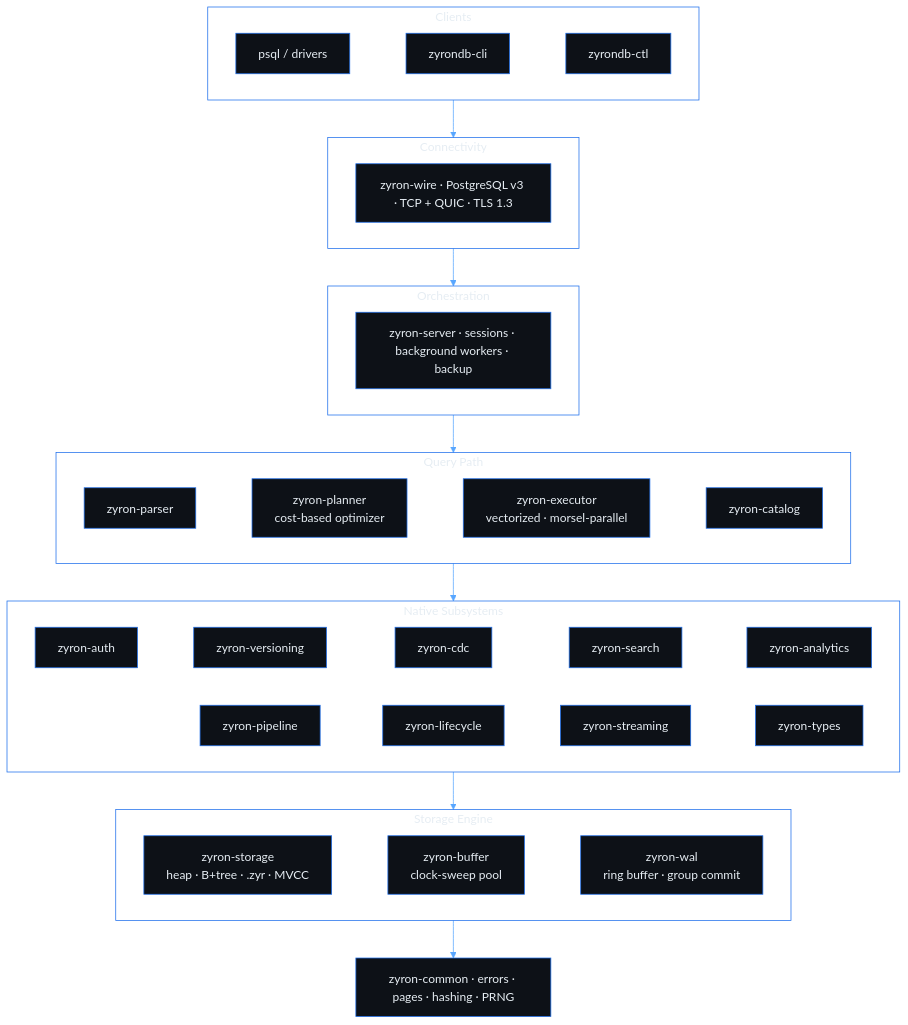
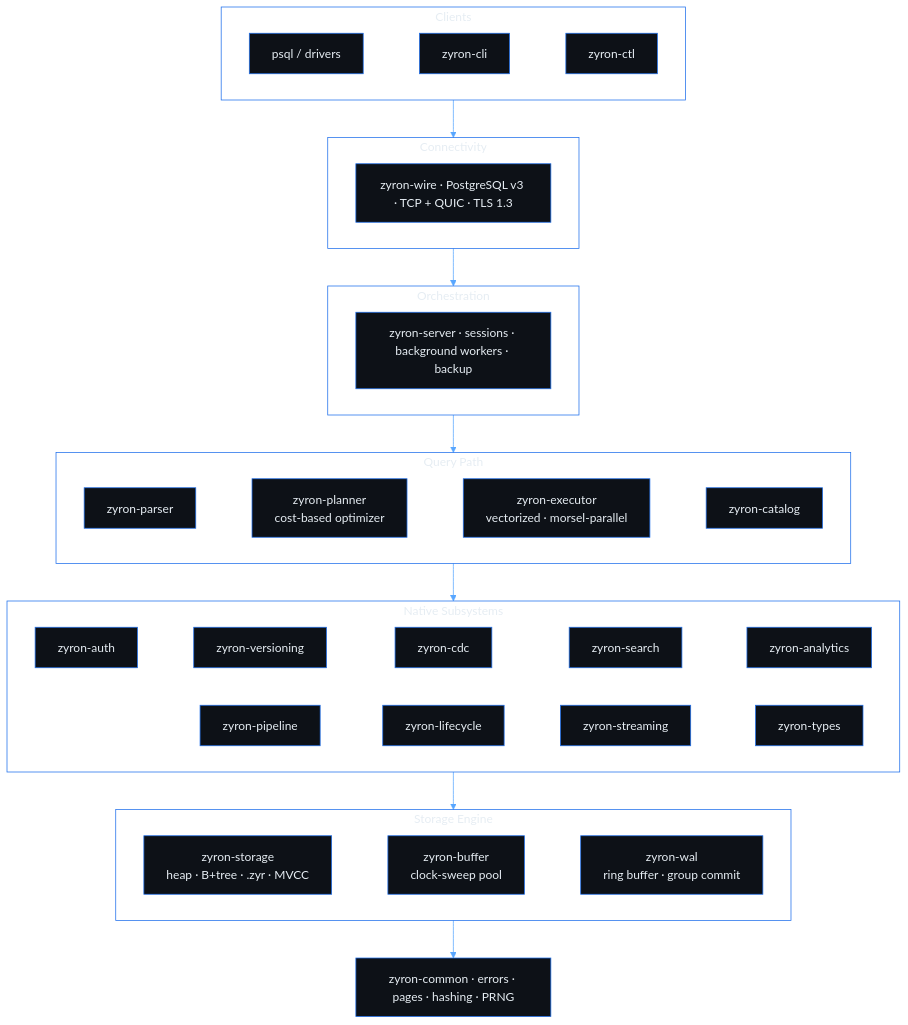
The first of 4 diagrams in README.md (DataDalton/Zyron), drawn with Mermaid before and after one commit. The commit also changed other lines of this file and 95 other files, not shown here.

````diff
--- a/README.md
+++ b/README.md
@@ -53,38 +53,38 @@
 ```mermaid
 %%{init: {'theme':'base','themeVariables':{'background':'transparent','primaryColor':'#0d1117','primaryBorderColor':'#1f6feb','primaryTextColor':'#e6edf3','secondaryColor':'#0d1117','tertiaryColor':'#0d1117','lineColor':'#58a6ff','clusterBkg':'transparent','clusterBorder':'#1f6feb','titleColor':'#e6edf3','fontFamily':'ui-sans-serif, system-ui, sans-serif'}}}%%
 flowchart TB
     subgraph CLIENTS [Clients]
         direction LR
-        C1[psql / drivers] ~~~ C2[zyrondb-cli] ~~~ C3[zyrondb-ctl]
+        C1[psql / drivers] ~~~ C2[zyron-cli] ~~~ C3[zyron-ctl]
     end
 
     subgraph PROTO [Connectivity]
         direction LR
         W[zyron-wire · PostgreSQL v3 · TCP + QUIC · TLS 1.3]
     end
 
     subgraph ORCH [Orchestration]
         direction LR
         S[zyron-server · sessions · background workers · backup]
     end
 
     subgraph QUERY [Query Path]
         direction LR
         P[zyron-parser] ~~~ PL[zyron-planner<br/>cost-based optimizer] ~~~ EX[zyron-executor<br/>vectorized · morsel-parallel] ~~~ CAT[zyron-catalog]
     end
 
     subgraph FEAT [Native Subsystems]
         direction LR
         AUTH[zyron-auth] ~~~ VER[zyron-versioning] ~~~ CDC[zyron-cdc] ~~~ SRCH[zyron-search] ~~~ AN[zyron-analytics]
         PIPE[zyron-pipeline] ~~~ LIFE[zyron-lifecycle] ~~~ STR[zyron-streaming] ~~~ TYP[zyron-types]
     end
 
     subgraph STORAGE [Storage Engine]
         direction LR
         ST[zyron-storage<br/>heap · B+tree · .zyr · MVCC] ~~~ BUF[zyron-buffer<br/>clock-sweep pool] ~~~ WAL[zyron-wal<br/>ring buffer · group commit]
     end
 
     COM[zyron-common · errors · pages · hashing · PRNG]
 
     CLIENTS --> PROTO --> ORCH --> QUERY --> FEAT --> STORAGE --> COM
 ```
````
